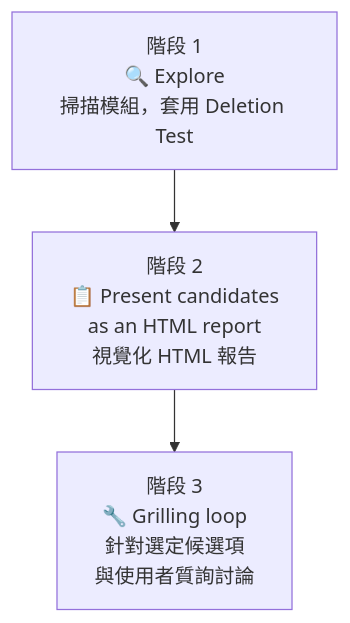
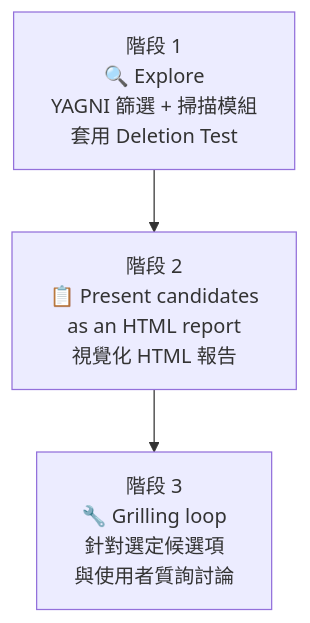
One commit to chihhung/Blog changed diagram 11 of 15 in content/posts/教學/AI開發/mattpocock skills 教學手冊.md. Above: the diagram before and after it, drawn with Mermaid. The commit also changed other lines of this file, not shown here.

````diff
--- a/content/posts/教學/AI開發/mattpocock skills 教學手冊.md
+++ b/content/posts/教學/AI開發/mattpocock skills 教學手冊.md
@@ -1987,5 +2018,5 @@
 ```mermaid
 flowchart TD
-    A["階段 1<br/>🔍 Explore<br/>掃描模組，套用 Deletion Test"] --> B["階段 2<br/>📋 Present candidates<br/>as an HTML report<br/>視覺化 HTML 報告"]
+    A["階段 1<br/>🔍 Explore<br/>YAGNI 篩選 + 掃描模組<br/>套用 Deletion Test"] --> B["階段 2<br/>📋 Present candidates<br/>as an HTML report<br/>視覺化 HTML 報告"]
     B --> C["階段 3<br/>🔧 Grilling loop<br/>針對選定候選項<br/>與使用者質詢討論"]
 ```
````
